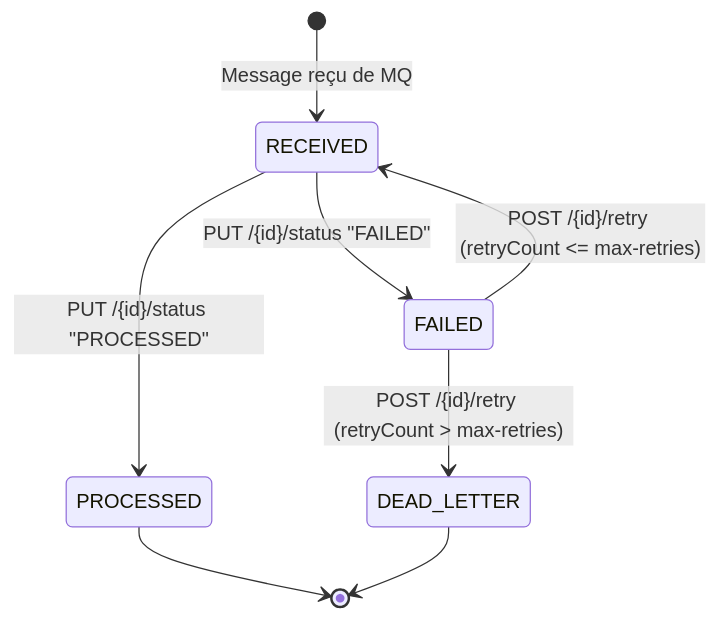
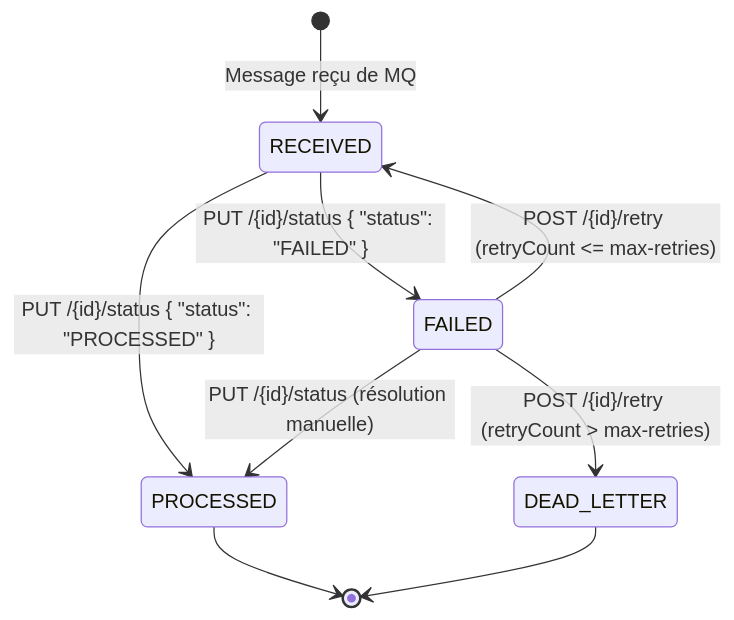
The second of 5 diagrams in docs/architecture/flux.md (mouhamadoulo/payment-messages), drawn with Mermaid before and after one commit. The commit also changed other lines of this file and 53 other files, not shown here.

````diff
--- a/docs/architecture/flux.md
+++ b/docs/architecture/flux.md
@@ -26,10 +26,11 @@
 ```mermaid
 stateDiagram-v2
     [*] --> RECEIVED: Message reçu de MQ
-    RECEIVED --> PROCESSED: PUT /{id}/status "PROCESSED"
-    RECEIVED --> FAILED: PUT /{id}/status "FAILED"
+    RECEIVED --> PROCESSED: PUT /{id}/status { "status": "PROCESSED" }
+    RECEIVED --> FAILED: PUT /{id}/status { "status": "FAILED" }
     FAILED --> RECEIVED: POST /{id}/retry (retryCount <= max-retries)
+    FAILED --> PROCESSED: PUT /{id}/status (résolution manuelle)
     FAILED --> DEAD_LETTER: POST /{id}/retry (retryCount > max-retries)
     PROCESSED --> [*]
     DEAD_LETTER --> [*]
 ```
````
